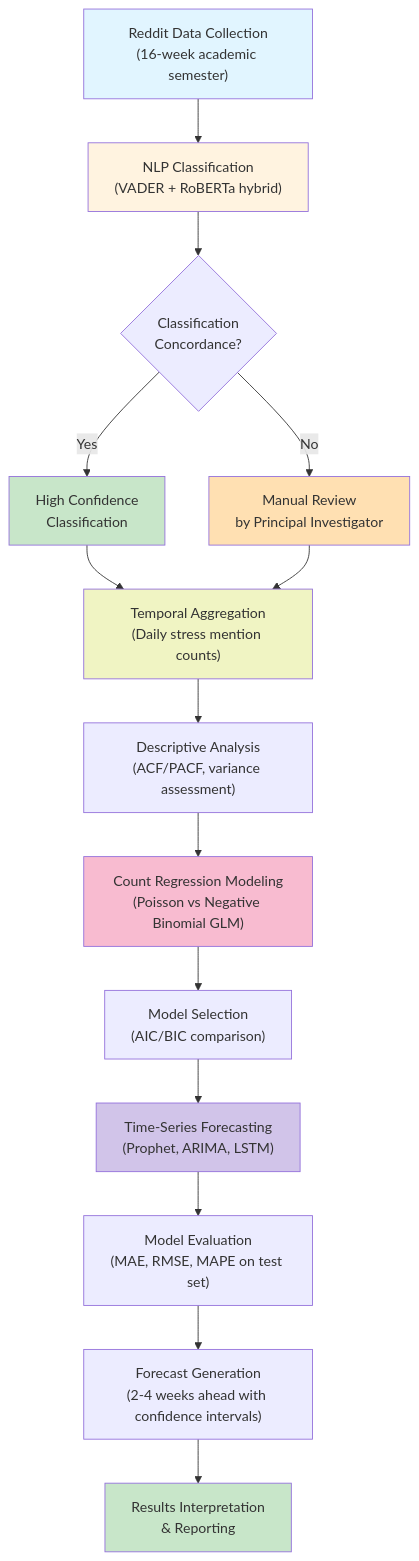
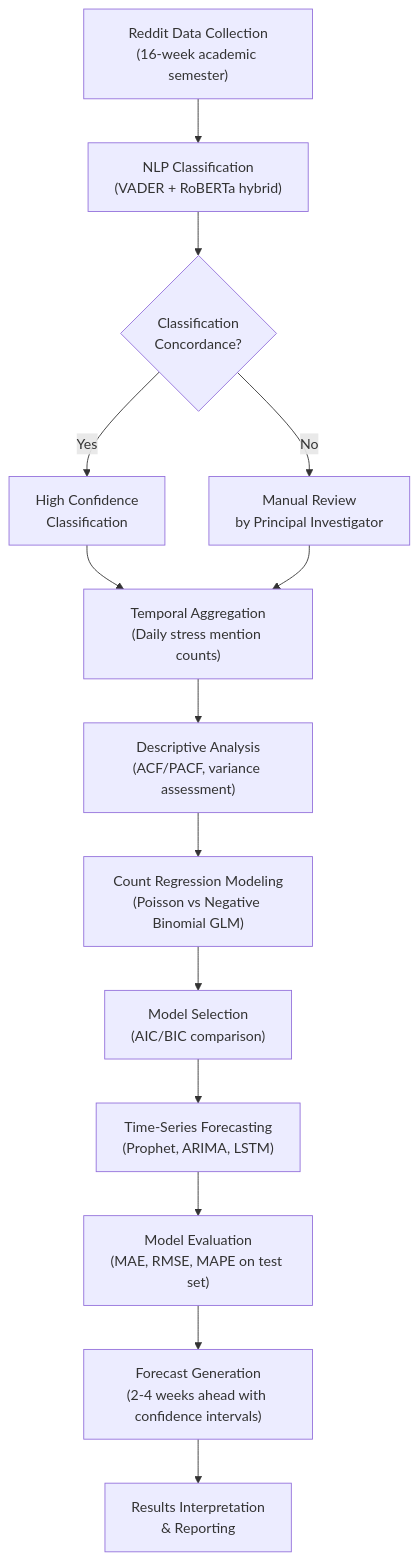
Before and after one commit to weyseing/sentiment_forecast: the first of 2 diagrams in assessments/ASSESSMENT_3_RESEARCH_PROPOSAL.md, drawn with Mermaid.

Commit message:
add chart

````diff
--- a/assessments/ASSESSMENT_3_RESEARCH_PROPOSAL.md
+++ b/assessments/ASSESSMENT_3_RESEARCH_PROPOSAL.md
@@ -127,25 +127,16 @@
 ```mermaid
 graph TD
     A["Reddit Data Collection<br/>(16-week academic semester)"] --> B["NLP Classification<br/>(VADER + RoBERTa hybrid)"]
     B --> C{"Classification<br/>Concordance?"}
     C -->|Yes| D["High Confidence<br/>Classification"]
     C -->|No| E["Manual Review<br/>by Principal Investigator"]
     D --> F["Temporal Aggregation<br/>(Daily stress mention counts)"]
     E --> F
     F --> G["Descriptive Analysis<br/>(ACF/PACF, variance assessment)"]
     G --> H["Count Regression Modeling<br/>(Poisson vs Negative Binomial GLM)"]
     H --> I["Model Selection<br/>(AIC/BIC comparison)"]
     I --> J["Time-Series Forecasting<br/>(Prophet, ARIMA, LSTM)"]
     J --> K["Model Evaluation<br/>(MAE, RMSE, MAPE on test set)"]
     K --> L["Forecast Generation<br/>(2-4 weeks ahead with confidence intervals)"]
     L --> M["Results Interpretation<br/>& Reporting"]
-
-    style A fill:#e1f5ff
-    style B fill:#fff3e0
-    style D fill:#c8e6c9
-    style E fill:#ffe0b2
-    style F fill:#f0f4c3
-    style H fill:#f8bbd0
-    style J fill:#d1c4e9
-    style M fill:#c8e6c9
 ```
````
